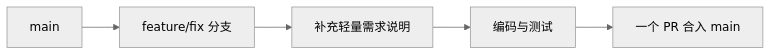
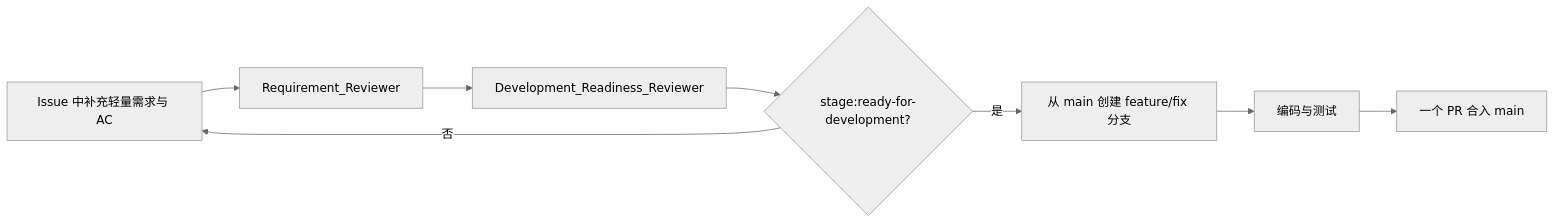
One commit to JumpStarGroup/health_platform changed the eighth of 17 diagrams in docs/PROJECT-WORKFLOW-ROLES.md. Above: the diagram before and after it, drawn with Mermaid (neutral theme). The commit also changed other lines of this file and 10 other files, not shown here.

First line of the commit message:
docs: split development readiness review

````diff
--- a/docs/PROJECT-WORKFLOW-ROLES.md
+++ b/docs/PROJECT-WORKFLOW-ROLES.md
@@ -287,7 +348,10 @@
 ```mermaid
 flowchart LR
-    A[main] --> B[feature/fix 分支]
-    B --> C[补充轻量需求说明]
-    C --> D[编码与测试]
-    D --> E[一个 PR 合入 main]
+    A[Issue 中补充轻量需求与 AC] --> B[Requirement_Reviewer]
+    B --> C[Development_Readiness_Reviewer]
+    C --> D{stage:ready-for-development?}
+    D -- 否 --> A
+    D -- 是 --> E[从 main 创建 feature/fix 分支]
+    E --> F[编码与测试]
+    F --> G[一个 PR 合入 main]
 ```
````
